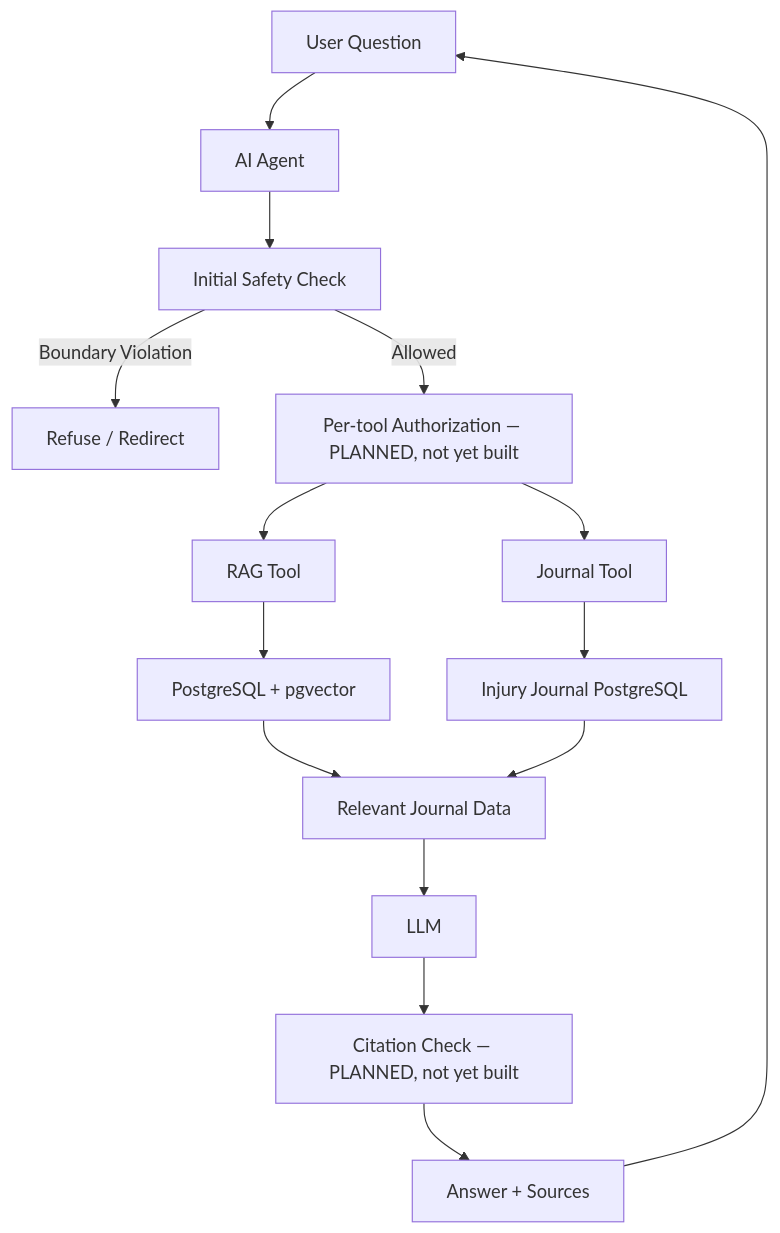
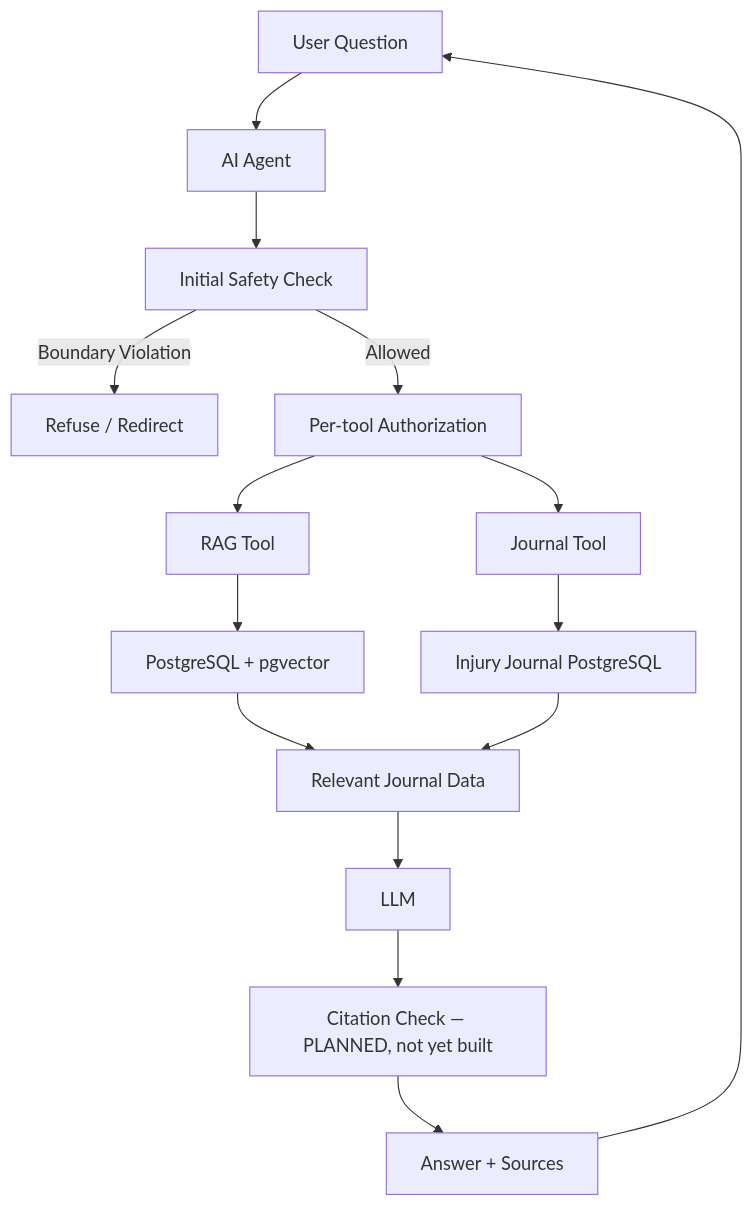
Before and after one commit to sabrahermassi/injury-journal-ai: diagram 12 of 18 in docs/02-architecture.md, drawn with Mermaid. The commit also changed other lines of this file and 5 other files, not shown here.

````diff
--- a/docs/02-architecture.md
+++ b/docs/02-architecture.md
@@ -334,23 +335,23 @@
 ```mermaid
 flowchart TD
     U["User Question"] --> A["AI Agent"]
     A --> S["Initial Safety Check"]
 
     S -->|Boundary Violation| REF["Refuse / Redirect"]
-    S -->|Allowed| AUTH["Per-tool Authorization — PLANNED, not yet built"]
+    S -->|Allowed| AUTH["Per-tool Authorization"]
 
     AUTH --> R["RAG Tool"]
     AUTH --> J["Journal Tool"]
 
     R --> V["PostgreSQL + pgvector"]
     J --> DB["Injury Journal PostgreSQL"]
 
     V --> D["Relevant Journal Data"]
     DB --> D
 
     D --> L["LLM"]
     L --> C["Citation Check — PLANNED, not yet built"]
     C --> OUT["Answer + Sources"]
 
     OUT --> U
 ```
````
